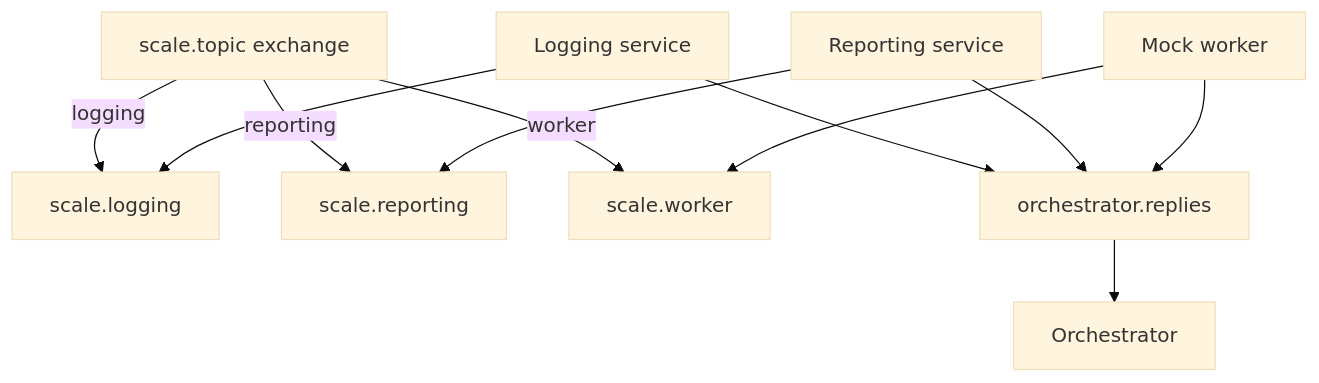
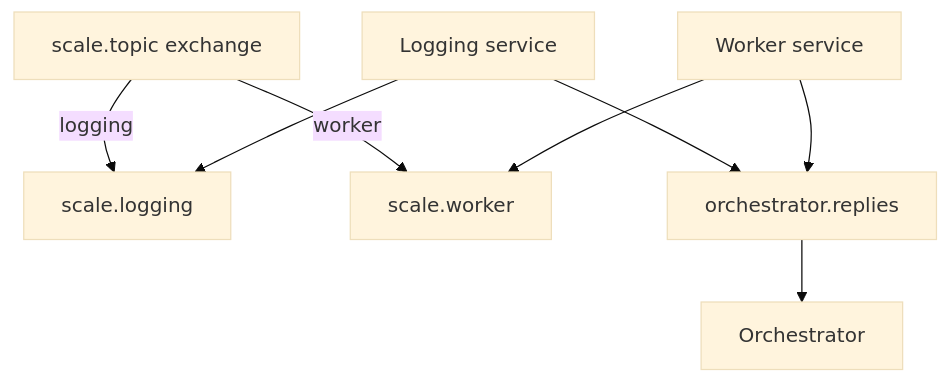
Before and after one commit to CosminMihai09/scale-wms-orchestrator: the third of 5 diagrams in docs/flow-diagram.md, drawn with Mermaid (base theme). The commit also changed other lines of this file and 27 other files, not shown here.

````diff
--- a/docs/flow-diagram.md
+++ b/docs/flow-diagram.md
@@ -70,17 +69,14 @@
 ```mermaid
 flowchart TB
     EX[scale.topic exchange]
 
     EX -->|logging| QL[scale.logging]
-    EX -->|reporting| QR[scale.reporting]
     EX -->|worker| QW[scale.worker]
 
     LOG[Logging service] --> QL
-    RPT[Reporting service] --> QR
-    WRK[Mock worker] --> QW
+    WRK[Worker service] --> QW
 
     LOG --> RQ[orchestrator.replies]
-    RPT --> RQ
     WRK --> RQ
     RQ --> Orch[Orchestrator]
 ```
````
